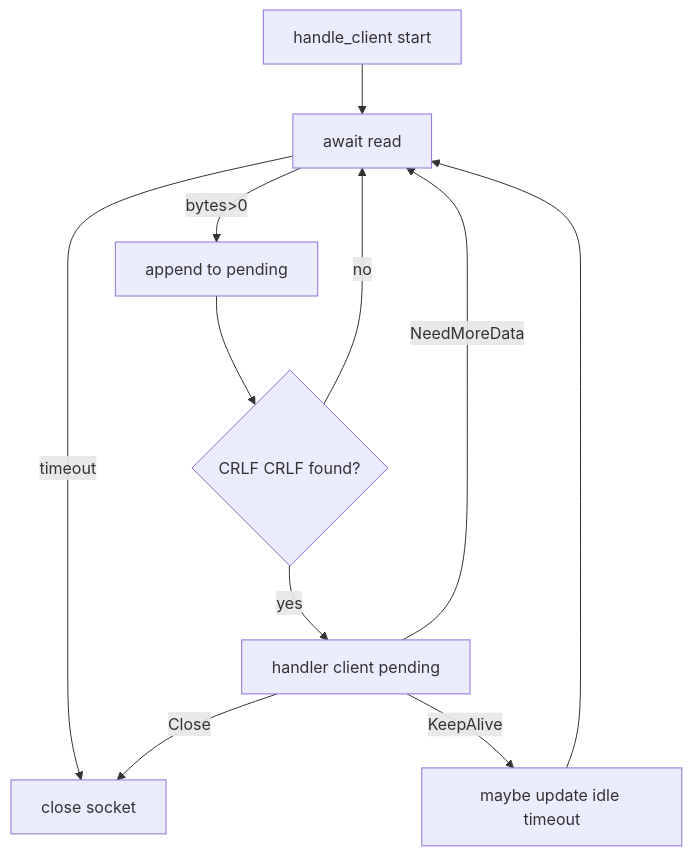
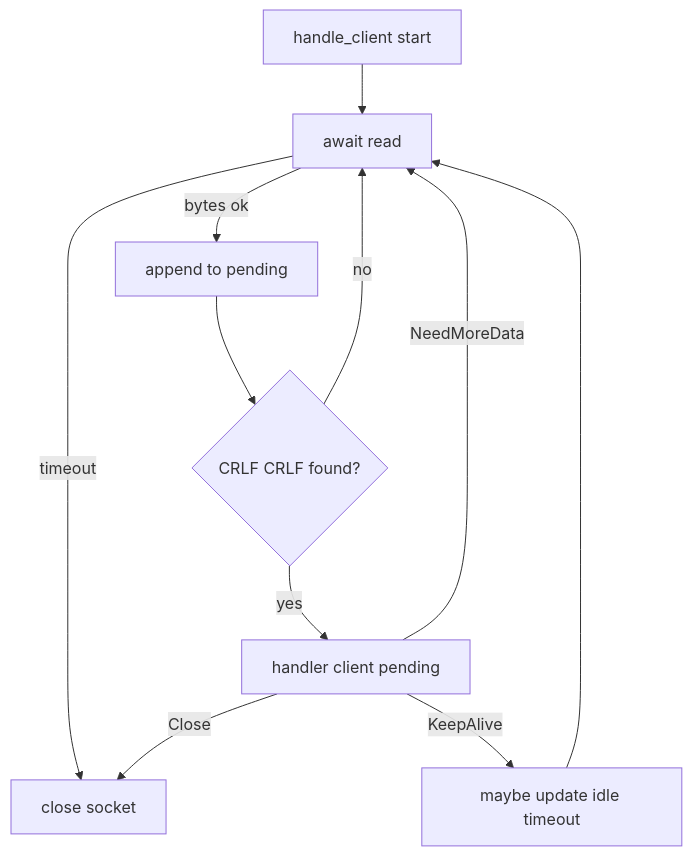
One commit to row-d/sockets changed the fourth of 4 diagrams in README.md. Above: the diagram before and after it, drawn with Mermaid. The commit also changed other lines of this file and 10 other files, not shown here.

````diff
--- a/README.md
+++ b/README.md
@@ -55,13 +171,13 @@
 ```mermaid
 flowchart TD
     A[handle_client start] --> B[await read]
     B -->|timeout| C[close socket]
-    B -->|bytes>0| D[append to pending]
+    B -->|bytes ok| D[append to pending]
     D --> E{CRLF CRLF found?}
     E -->|no| B
     E -->|yes| F[handler client pending]
     F -->|NeedMoreData| B
     F -->|KeepAlive| G[maybe update idle timeout]
     G --> B
     F -->|Close| C
 ```
````
